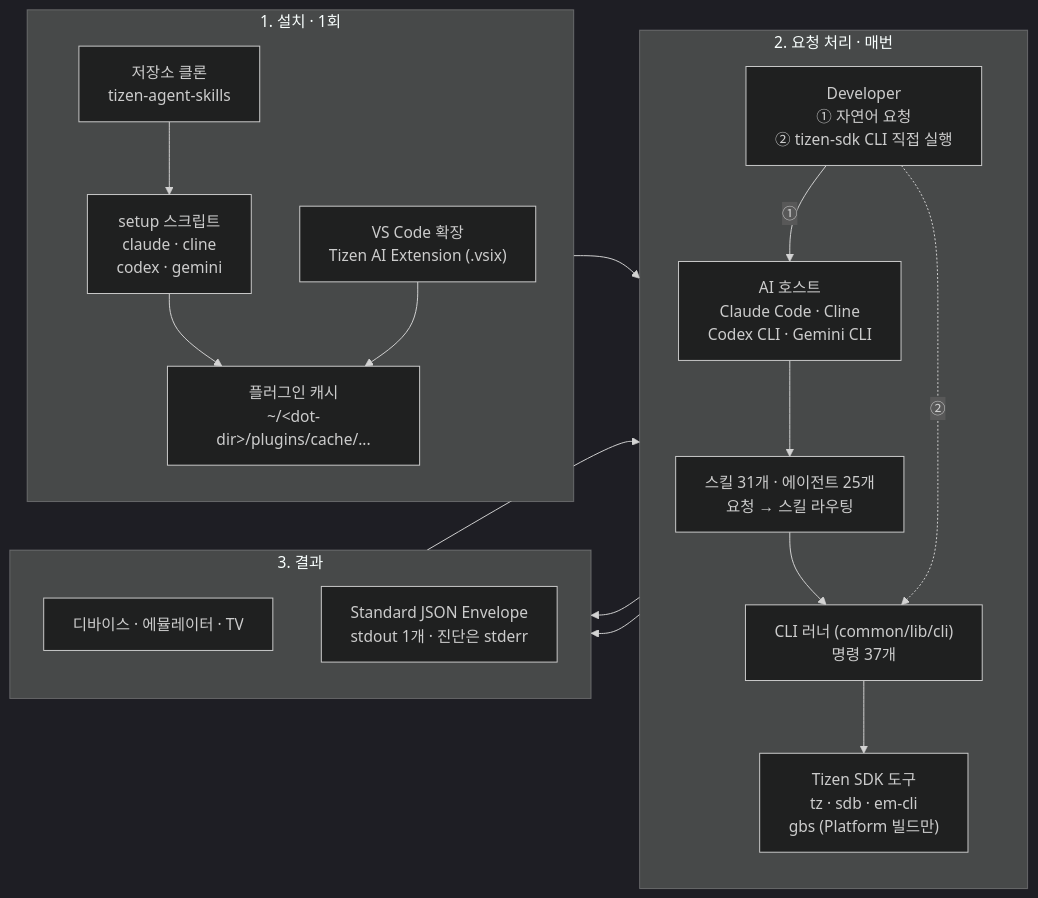
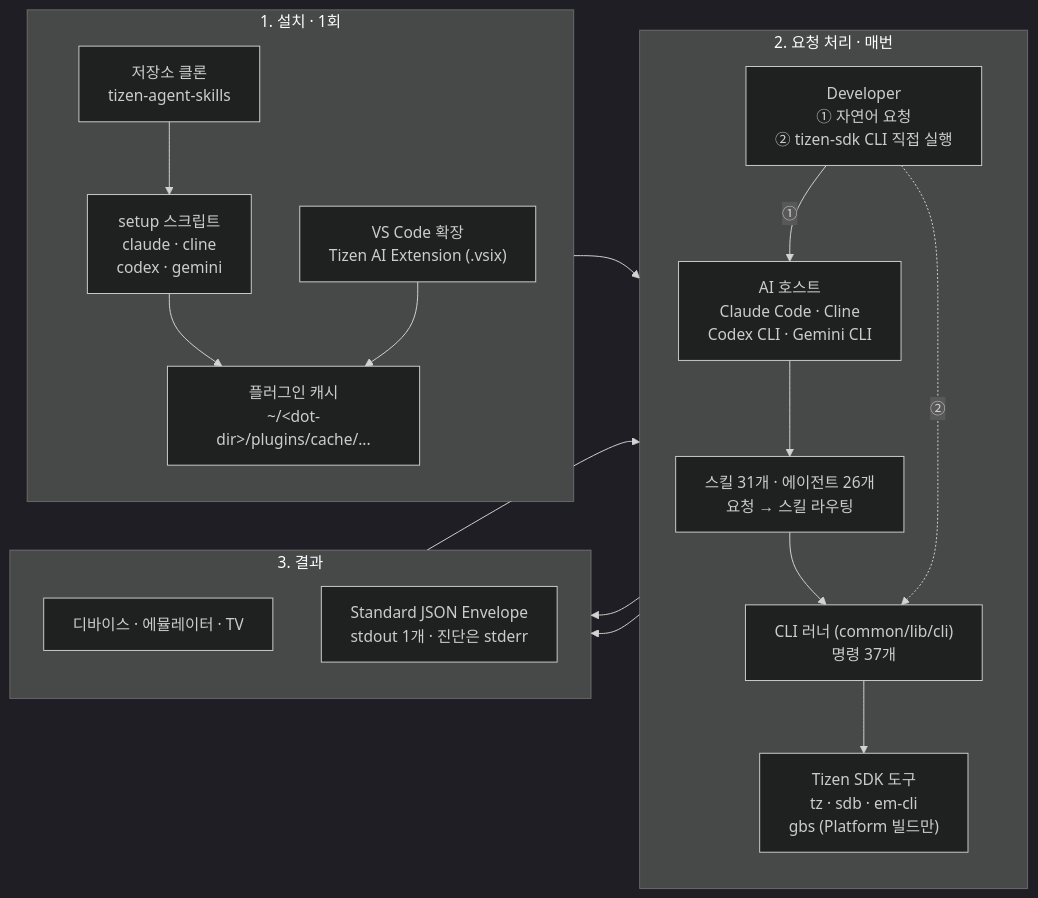
The first of 2 diagrams in tizen-sdk-skills/quick-guide.ko.md (Samsung/tizen-agent-skills), drawn with Mermaid (dark theme) before and after one commit. The commit also changed 17 other files, not shown here.

````diff
--- a/tizen-sdk-skills/quick-guide.ko.md
+++ b/tizen-sdk-skills/quick-guide.ko.md
@@ -11,33 +11,33 @@
 ```mermaid
 flowchart LR
     subgraph S1["1. 설치 · 1회"]
         direction TB
         Clone["저장소 클론<br/>tizen-agent-skills"] --> Setup["setup 스크립트<br/>claude · cline<br/>codex · gemini"]
         VSIX["VS Code 확장<br/>Tizen AI Extension (.vsix)"]
         Setup --> Cache["플러그인 캐시<br/>~/&lt;dot-dir&gt;/plugins/cache/..."]
         VSIX --> Cache
     end
 
     subgraph S2["2. 요청 처리 · 매번"]
         direction TB
         Dev["Developer<br/>① 자연어 요청<br/>② tizen-sdk CLI 직접 실행"]
         Host["AI 호스트<br/>Claude Code · Cline<br/>Codex CLI · Gemini CLI"]
-        Skill["스킬 31개 · 에이전트 25개<br/>요청 → 스킬 라우팅"]
+        Skill["스킬 31개 · 에이전트 26개<br/>요청 → 스킬 라우팅"]
         Runner["CLI 러너 (common/lib/cli)<br/>명령 37개"]
         Tools["Tizen SDK 도구<br/>tz · sdb · em-cli<br/>gbs (Platform 빌드만)"]
         Dev -->|①| Host --> Skill --> Runner
         Dev -.->|②| Runner
         Runner --> Tools
     end
 
     subgraph S3["3. 결과"]
         direction TB
         Target["디바이스 · 에뮬레이터 · TV"]
         Env["Standard JSON Envelope<br/>stdout 1개 · 진단은 stderr"]
     end
 
     Cache --> Skill
     Tools --> Target
     Runner --> Env
     Env --> Host
 ```
````
